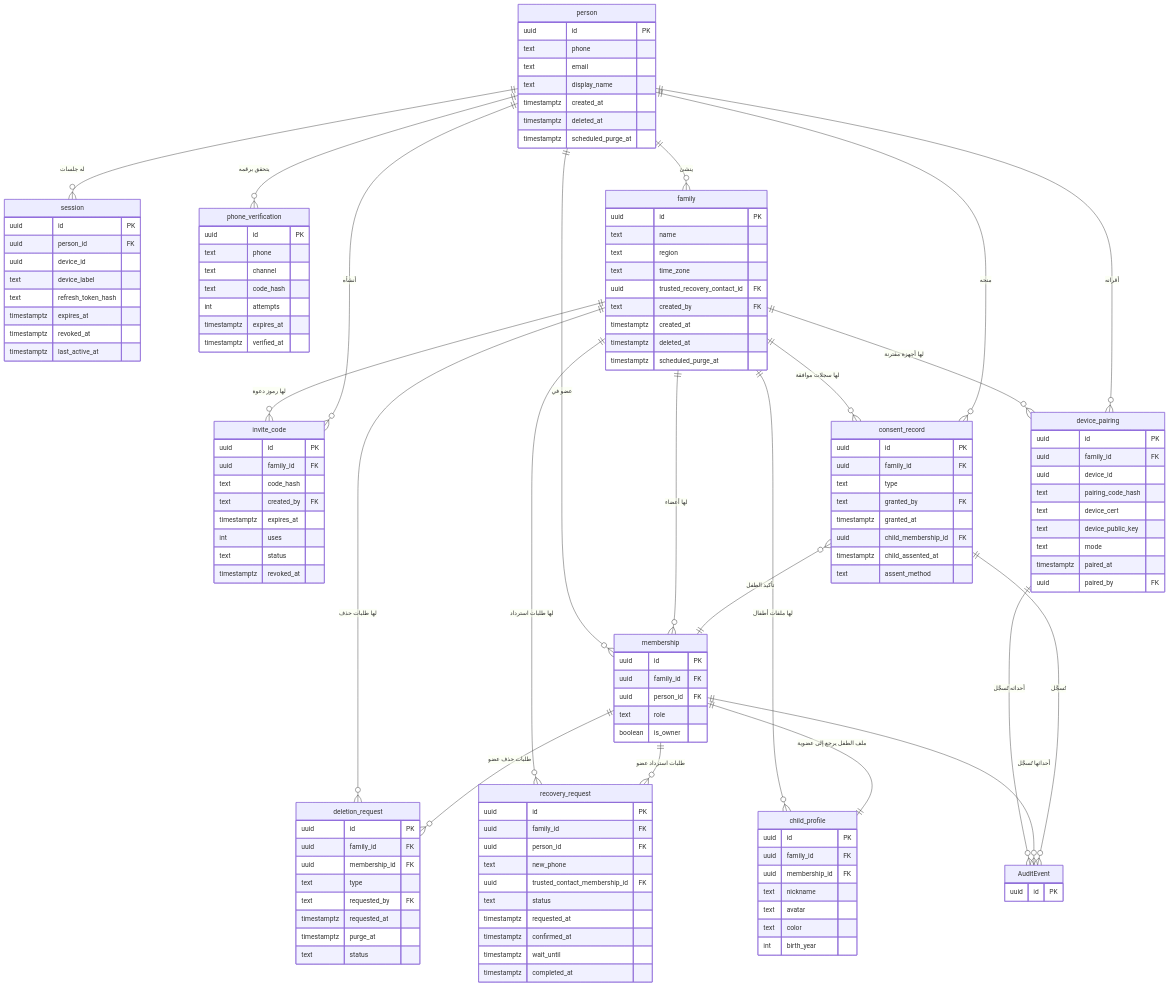
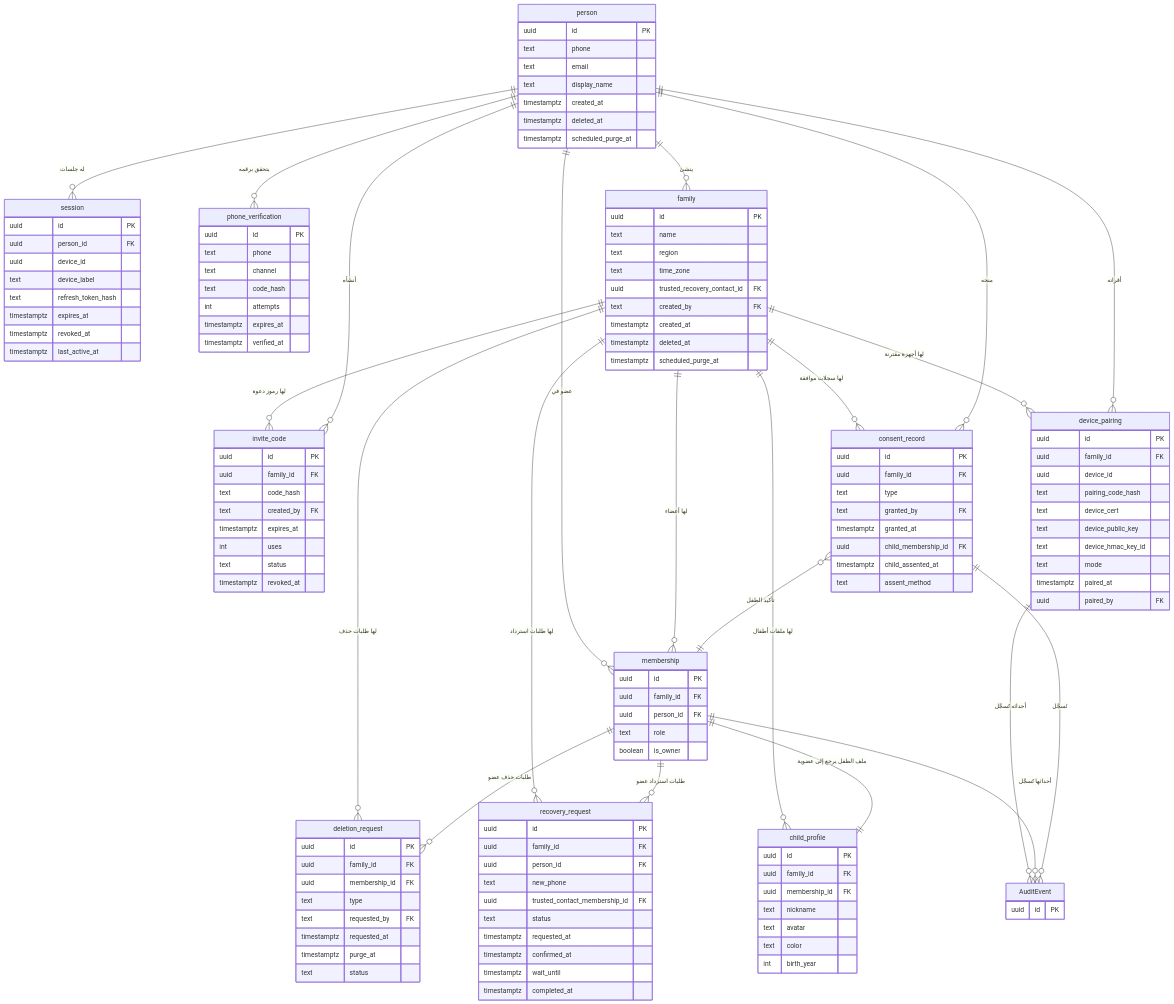
Before and after one commit to Bassam-mohammed-alqaeadi/family-os-v2: the second of 14 diagrams in docs/family-os/governance/phases/phase-1/S1-02-identity-and-onboarding/DIAGRAMS.md, drawn with Mermaid. The commit also changed other lines of this file and 2 other files, not shown here.

First line of the commit message:
AUD-009 (P1): تعريف تبادل مفتاح HMAC لتوقيع SOS عند الإقران (Q-163/Q-164)

```diff
--- a/docs/family-os/governance/phases/phase-1/S1-02-identity-and-onboarding/DIAGRAMS.md
+++ b/docs/family-os/governance/phases/phase-1/S1-02-identity-and-onboarding/DIAGRAMS.md
@@ -186,6 +186,7 @@
         text pairing_code_hash
         text device_cert
         text device_public_key
+        text device_hmac_key_id
         text mode
         timestamptz paired_at
         uuid paired_by FK
```
